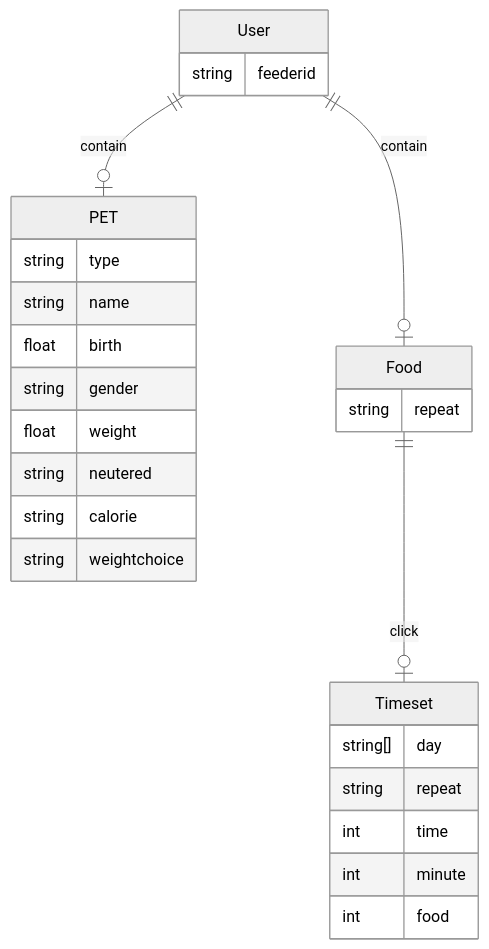
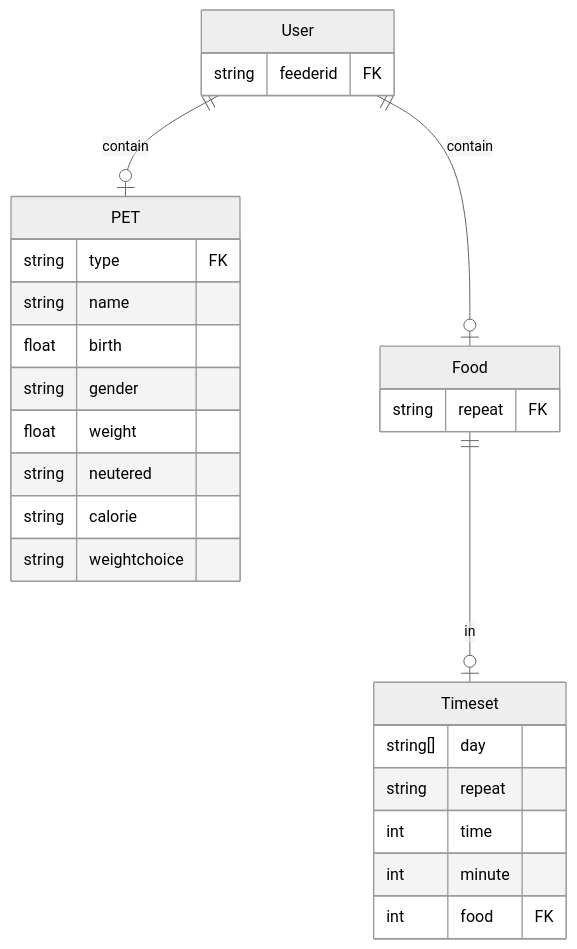
Before and after one commit to dgkim2008/feeder-front: the diagram in app/README.md, drawn with Mermaid (neutral theme). The commit also changed 4 other files, not shown here.

````diff
--- a/app/README.md
+++ b/app/README.md
@@ -1,29 +1,29 @@
 ```mermaid
   erDiagram
     User {
-        string feederid 
+        string feederid FK
     }
     User ||--o| PET : contain
     PET {
-        string type
+        string type FK
         string name
         float birth
         string gender
         float weight
         string neutered
         string calorie
         string weightchoice
     }
     User ||--o| Food : contain
     Food {
-        string repeat
+        string repeat FK
     }
-    Food ||--o| Timeset : click
+    Food ||--o| Timeset : in
     Timeset {
-       string[] day
+       string[] day 
        string repeat
        int time
        int minute
-       int food
+       int food FK
     }
 ```
````
